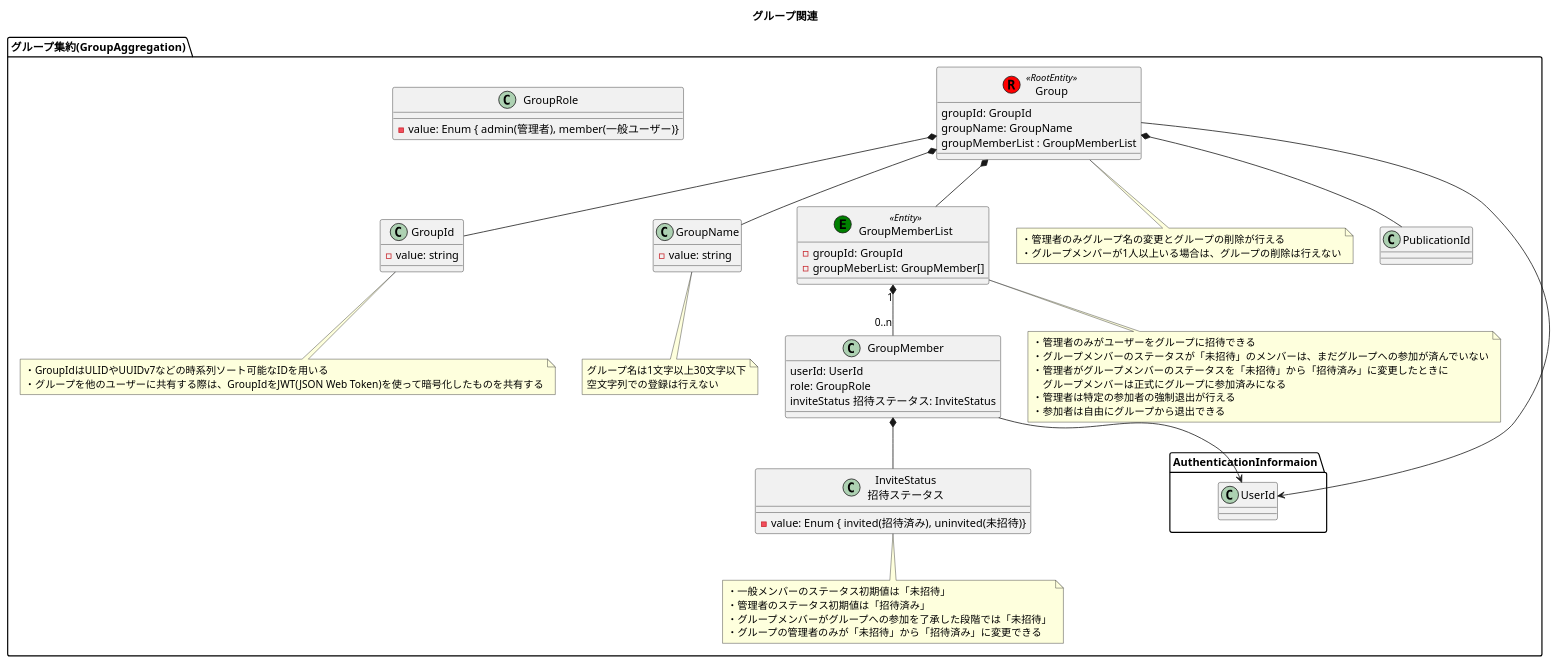
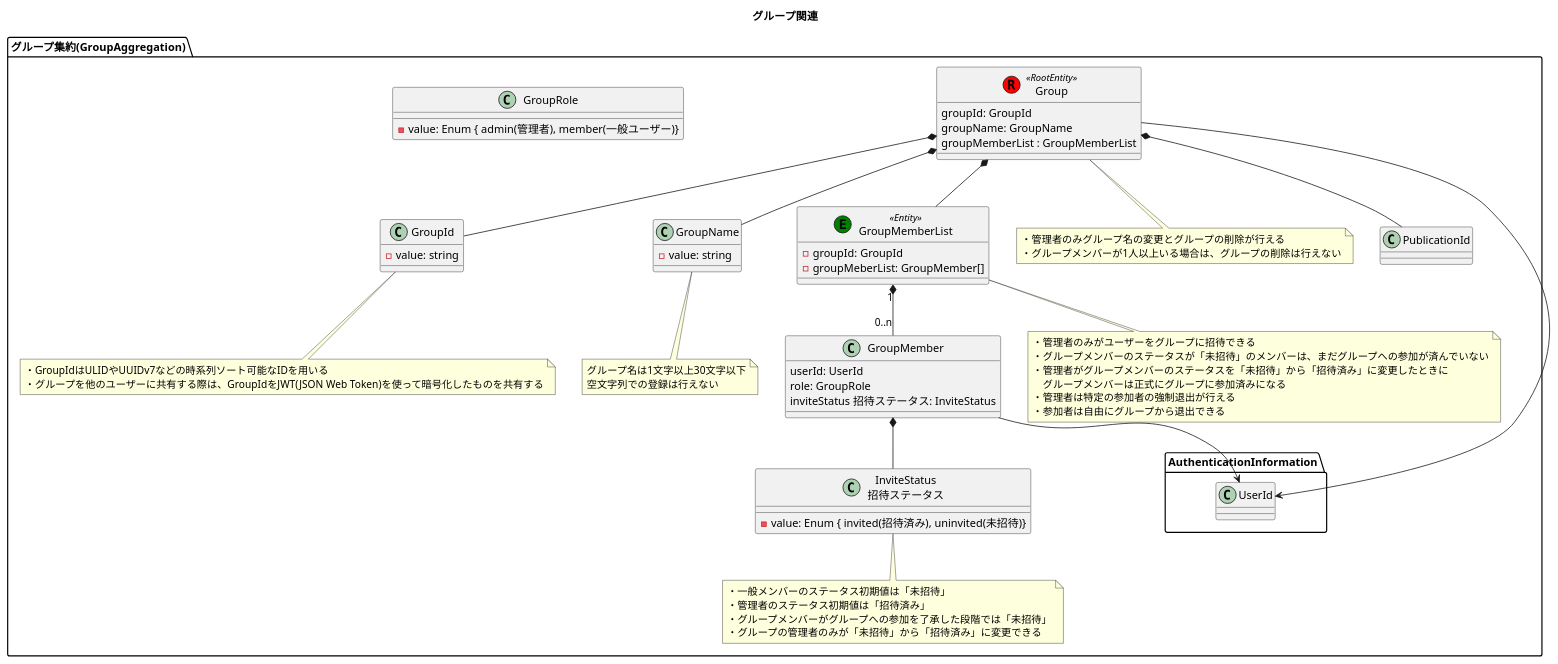
Before and after one commit to h-maki2/identityAccess: the diagram in modelingDiagram/domainModelDiagram/グループ関連.pu, drawn with PlantUML. The commit also changed 60 other files, not shown here.

```diff
--- a/modelingDiagram/domainModelDiagram/グループ関連.pu
+++ b/modelingDiagram/domainModelDiagram/グループ関連.pu
@@ -1,80 +1,80 @@
 @startuml グループ関連
 
 title グループ関連
 
 package "グループ集約(GroupAggregation)" {
     class Group << (R,red) RootEntity >> {
         groupId: GroupId
         groupName: GroupName
         groupMemberList : GroupMemberList
     }
 
     class GroupId {
         - value: string
     }
 
     class GroupName {
         - value: string
     }
 
     class GroupMemberList << (E,green) Entity >> {
         - groupId: GroupId
         - groupMeberList: GroupMember[]
     }
 
     class GroupMember {
         userId: UserId
         role: GroupRole
         inviteStatus 招待ステータス: InviteStatus
     }
 
     class "InviteStatus\n招待ステータス" as InviteStatus {
         - value: Enum { invited(招待済み), uninvited(未招待)}
     }
 
     class GroupRole {
         - value: Enum { admin(管理者), member(一般ユーザー)}
     }
 
     note bottom of Group
         ・管理者のみグループ名の変更とグループの削除が行える
         ・グループメンバーが1人以上いる場合は、グループの削除は行えない
     end note
 
     note bottom of GroupMemberList
         ・管理者のみがユーザーをグループに招待できる
         ・グループメンバーのステータスが「未招待」のメンバーは、まだグループへの参加が済んでいない
         ・管理者がグループメンバーのステータスを「未招待」から「招待済み」に変更したときに
         　グループメンバーは正式にグループに参加済みになる
         ・管理者は特定の参加者の強制退出が行える
         ・参加者は自由にグループから退出できる
     end note
 
     note bottom of GroupName
         グループ名は1文字以上30文字以下
         空文字列での登録は行えない
     end note
 
     note bottom of GroupId
         ・GroupIdはULIDやUUIDv7などの時系列ソート可能なIDを用いる
         ・グループを他のユーザーに共有する際は、GroupIdをJWT(JSON Web Token)を使って暗号化したものを共有する
     end note
 
     note bottom of InviteStatus
         ・一般メンバーのステータス初期値は「未招待」
         ・管理者のステータス初期値は「招待済み」
         ・グループメンバーがグループへの参加を了承した段階では「未招待」
         ・グループの管理者のみが「未招待」から「招待済み」に変更できる
     end note
 
     Group *-down- GroupId
     Group *-down- GroupName
     Group *-down- PublicationId
     Group *-down- GroupMemberList
-    Group -down-> AuthenticationInformaion.UserId
+    Group -down-> AuthenticationInformation.UserId
     GroupMemberList "1" *-down- "0..n" GroupMember
-    GroupMember -down-> AuthenticationInformaion.UserId
+    GroupMember -down-> AuthenticationInformation.UserId
     GroupMember *-down- InviteStatus
 }
 
 @enduml
```
